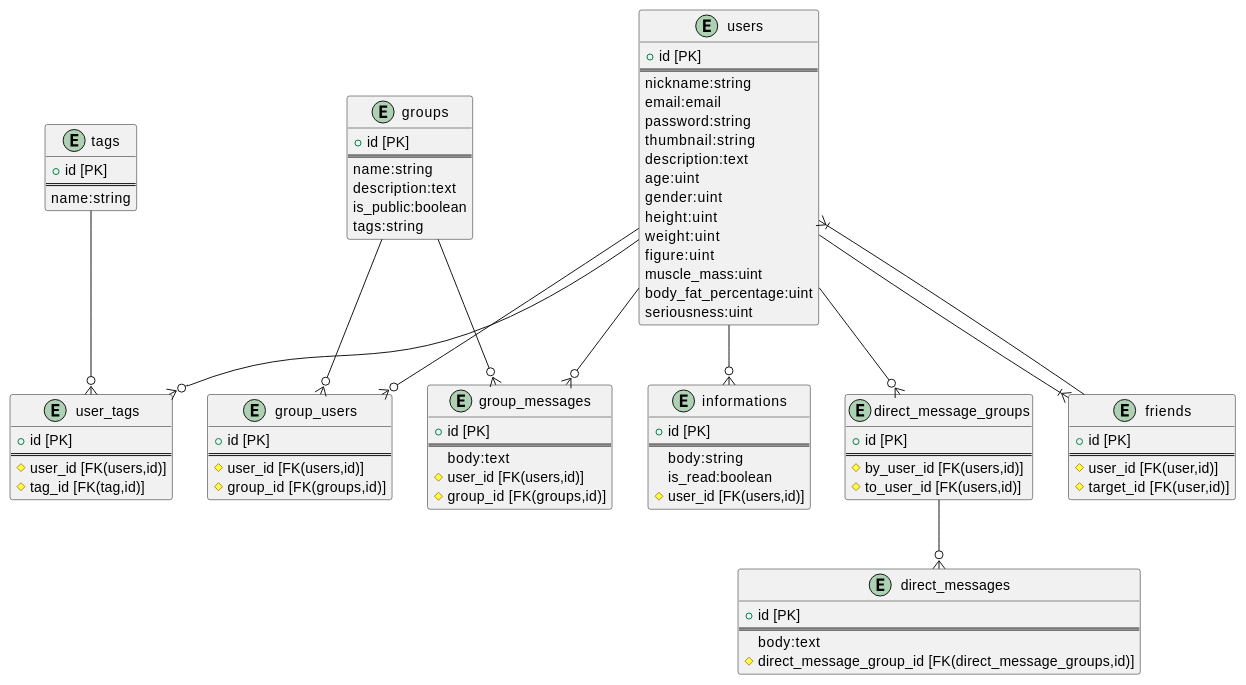
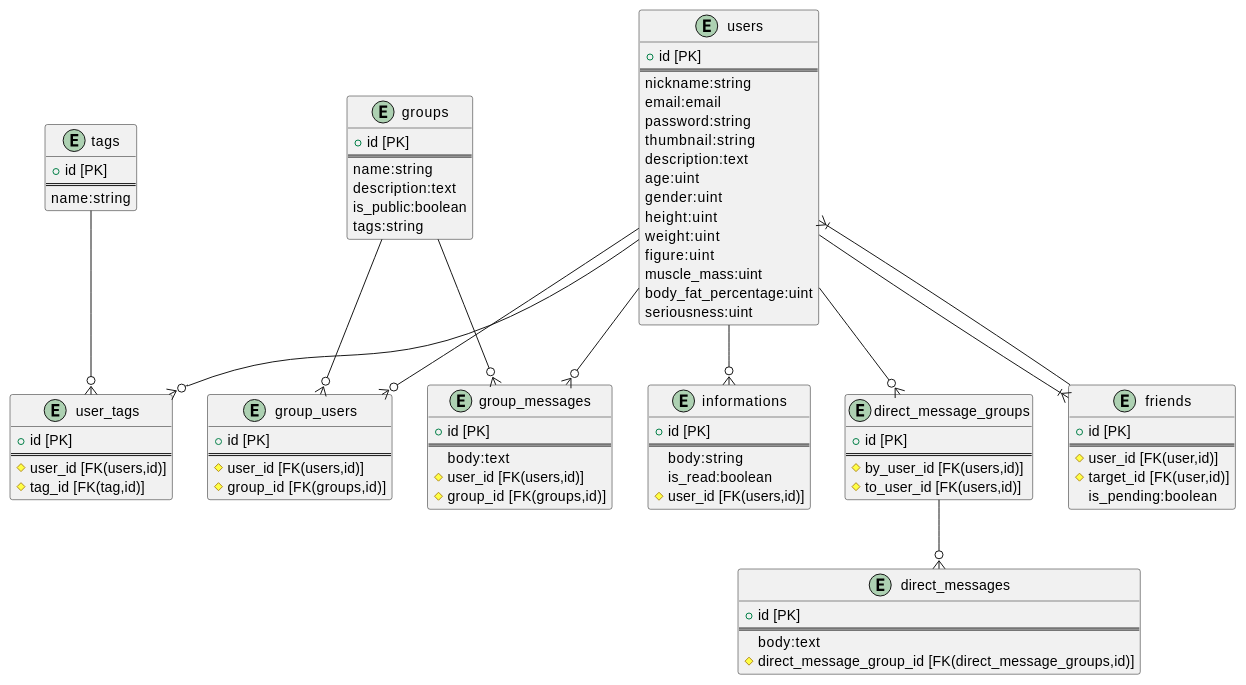
One commit to NAKKA-K/musclers changed the diagram in docs/ER.md. Above: the diagram before and after it, drawn with PlantUML.

```diff
--- a/docs/ER.md
+++ b/docs/ER.md
@@ -95,6 +95,7 @@
     ==
     # user_id [FK(user,id)]
     # target_id [FK(user,id)]
+    is_pending:boolean
 }
 users --|{ friends
 users }|-- friends
```
